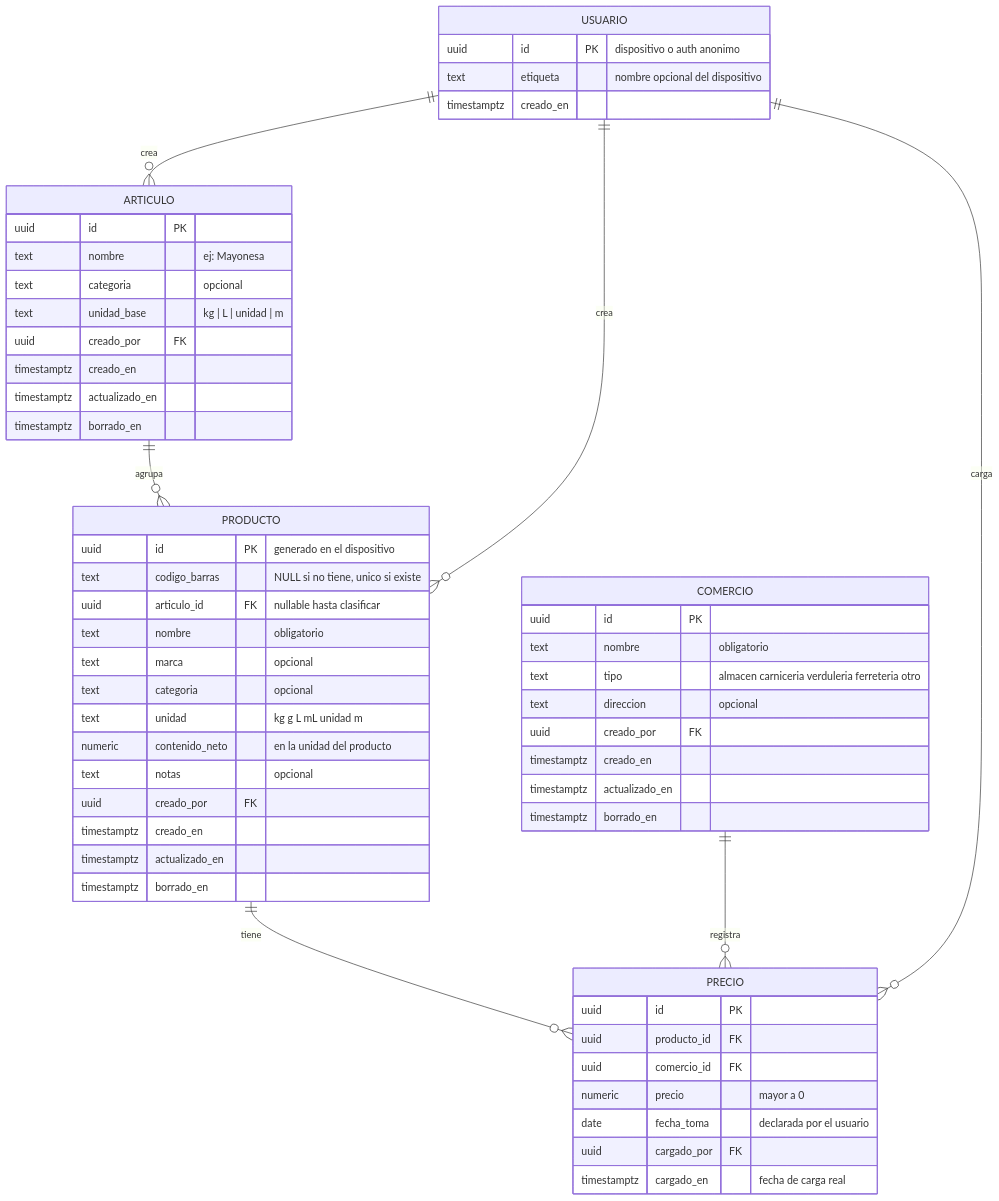
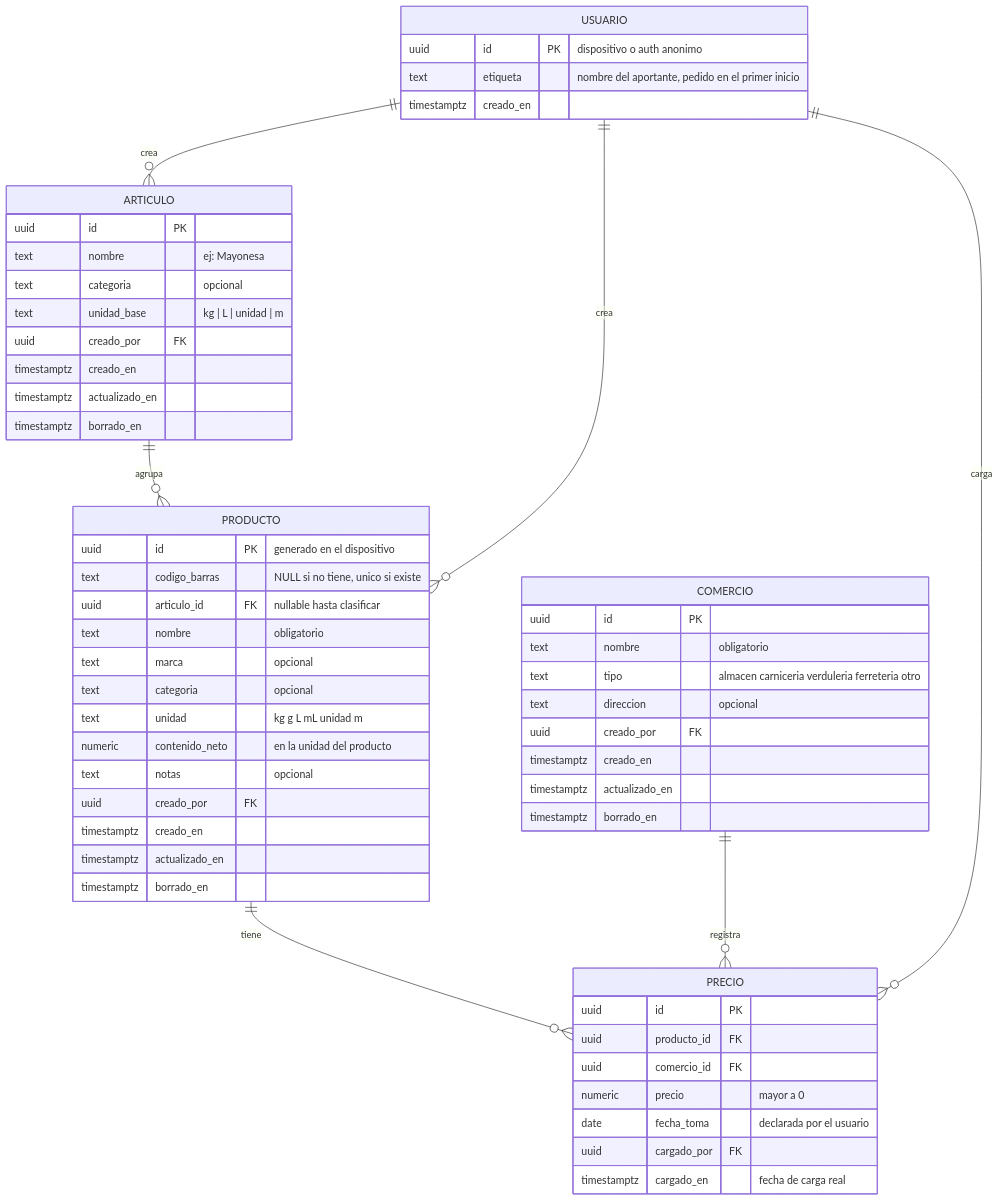
The diagram in docs/modelo-de-datos.md (joriza/seguidor-precios), drawn with Mermaid before and after one commit. The commit also changed other lines of this file and 7 other files, not shown here.

````diff
--- a/docs/modelo-de-datos.md
+++ b/docs/modelo-de-datos.md
@@ -13,59 +13,59 @@
 ```mermaid
 erDiagram
     ARTICULO ||--o{ PRODUCTO : "agrupa"
     PRODUCTO ||--o{ PRECIO : "tiene"
     COMERCIO ||--o{ PRECIO : "registra"
     USUARIO ||--o{ ARTICULO : "crea"
     USUARIO ||--o{ PRODUCTO : "crea"
     USUARIO ||--o{ PRECIO : "carga"
 
     ARTICULO {
         uuid id PK
         text nombre "ej: Mayonesa"
         text categoria "opcional"
         text unidad_base "kg | L | unidad | m"
         uuid creado_por FK
         timestamptz creado_en
         timestamptz actualizado_en
         timestamptz borrado_en
     }
     PRODUCTO {
         uuid id PK "generado en el dispositivo"
         text codigo_barras "NULL si no tiene, unico si existe"
         uuid articulo_id FK "nullable hasta clasificar"
         text nombre "obligatorio"
         text marca "opcional"
         text categoria "opcional"
         text unidad "kg g L mL unidad m"
         numeric contenido_neto "en la unidad del producto"
         text notas "opcional"
         uuid creado_por FK
         timestamptz creado_en
         timestamptz actualizado_en
         timestamptz borrado_en
     }
     COMERCIO {
         uuid id PK
         text nombre "obligatorio"
         text tipo "almacen carniceria verduleria ferreteria otro"
         text direccion "opcional"
         uuid creado_por FK
         timestamptz creado_en
         timestamptz actualizado_en
         timestamptz borrado_en
     }
     PRECIO {
         uuid id PK
         uuid producto_id FK
         uuid comercio_id FK
         numeric precio "mayor a 0"
         date fecha_toma "declarada por el usuario"
         uuid cargado_por FK
         timestamptz cargado_en "fecha de carga real"
     }
     USUARIO {
         uuid id PK "dispositivo o auth anonimo"
-        text etiqueta "nombre opcional del dispositivo"
+        text etiqueta "nombre del aportante, pedido en el primer inicio"
         timestamptz creado_en
     }
 ```
````
